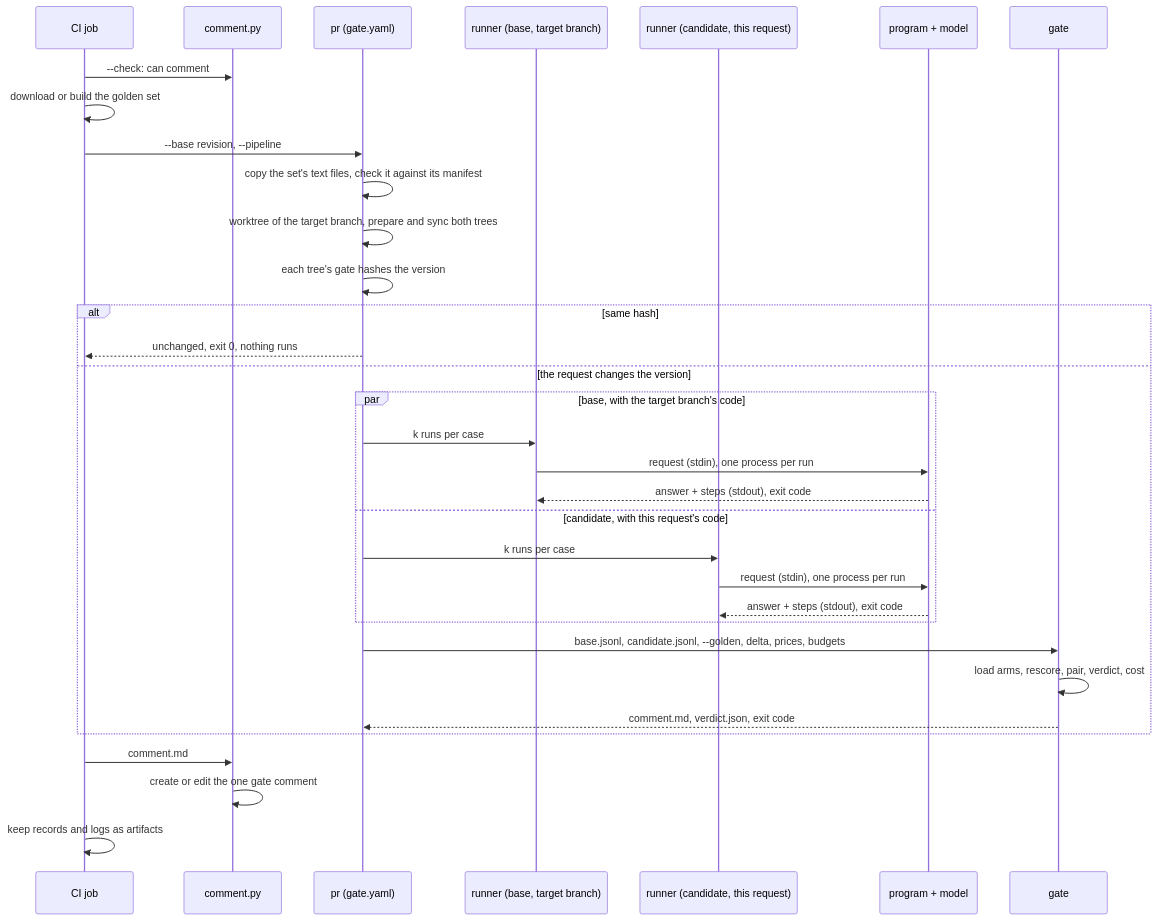
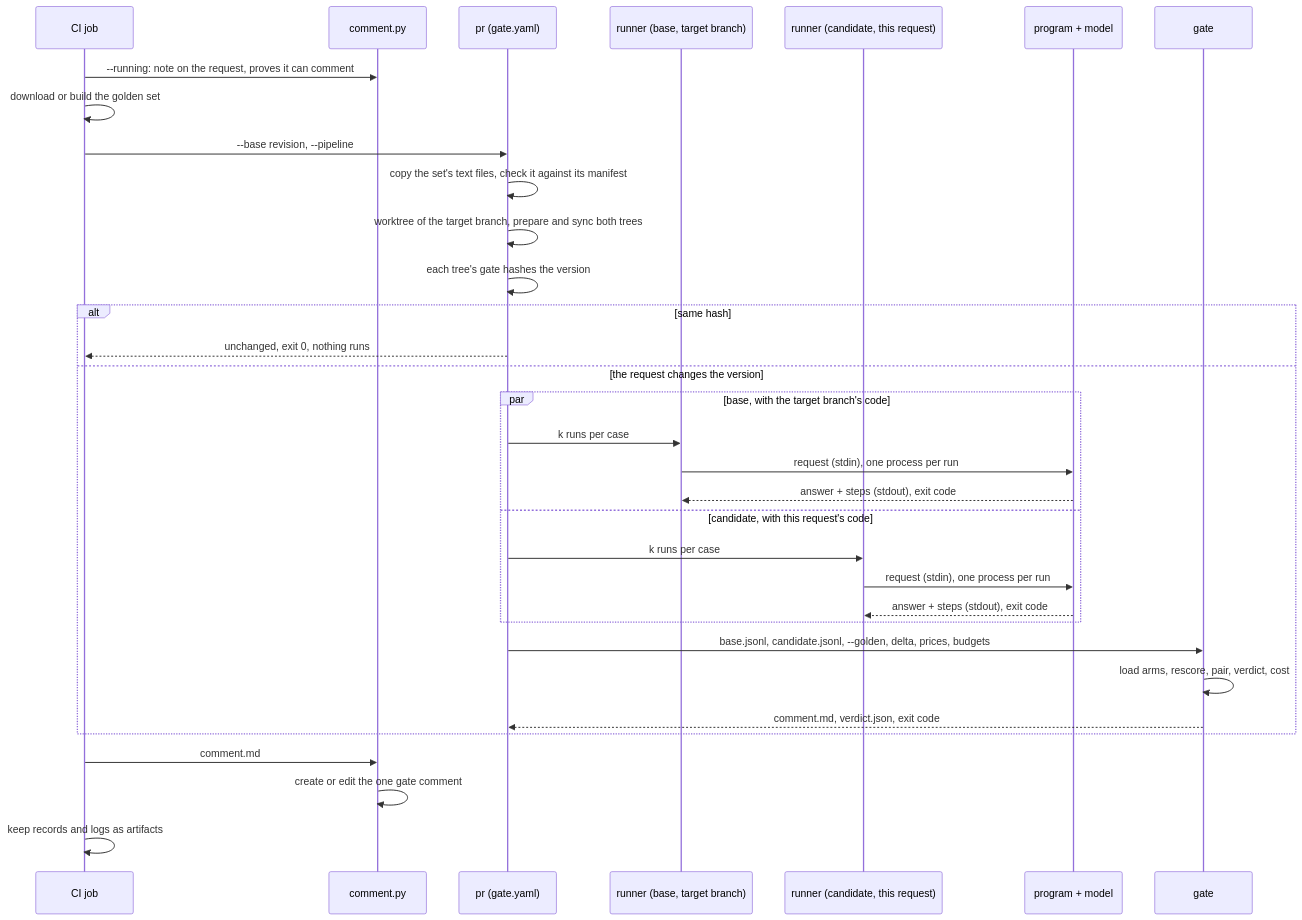
Before and after one commit to Ilya-Grigoryev/llm-release-gate: the second of 2 diagrams in docs/design.md, drawn with Mermaid. The commit also changed other lines of this file and 8 other files, not shown here.

Commit message:
feat(comment): a running note before the runs, replaced by the verdict

````diff
--- a/docs/design.md
+++ b/docs/design.md
@@ -284,35 +284,35 @@
 ```mermaid
 sequenceDiagram
     participant CI as CI job
     participant C as comment.py
     participant SH as pr (gate.yaml)
     participant RB as runner (base, target branch)
     participant RC as runner (candidate, this request)
     participant AD as program + model
     participant G as gate
-    CI->>C: --check: can comment
+    CI->>C: --running: note on the request, proves it can comment
     CI->>CI: download or build the golden set
     CI->>SH: --base revision, --pipeline
     SH->>SH: copy the set's text files, check it against its manifest
     SH->>SH: worktree of the target branch, prepare and sync both trees
     SH->>SH: each tree's gate hashes the version
     alt same hash
         SH-->>CI: unchanged, exit 0, nothing runs
     else the request changes the version
         par base, with the target branch's code
             SH->>RB: k runs per case
             RB->>AD: request (stdin), one process per run
             AD-->>RB: answer + steps (stdout), exit code
         and candidate, with this request's code
             SH->>RC: k runs per case
             RC->>AD: request (stdin), one process per run
             AD-->>RC: answer + steps (stdout), exit code
         end
         SH->>G: base.jsonl, candidate.jsonl, --golden, delta, prices, budgets
         G->>G: load arms, rescore, pair, verdict, cost
         G-->>SH: comment.md, verdict.json, exit code
     end
     CI->>C: comment.md
     C->>C: create or edit the one gate comment
     CI->>CI: keep records and logs as artifacts
 ```
````
